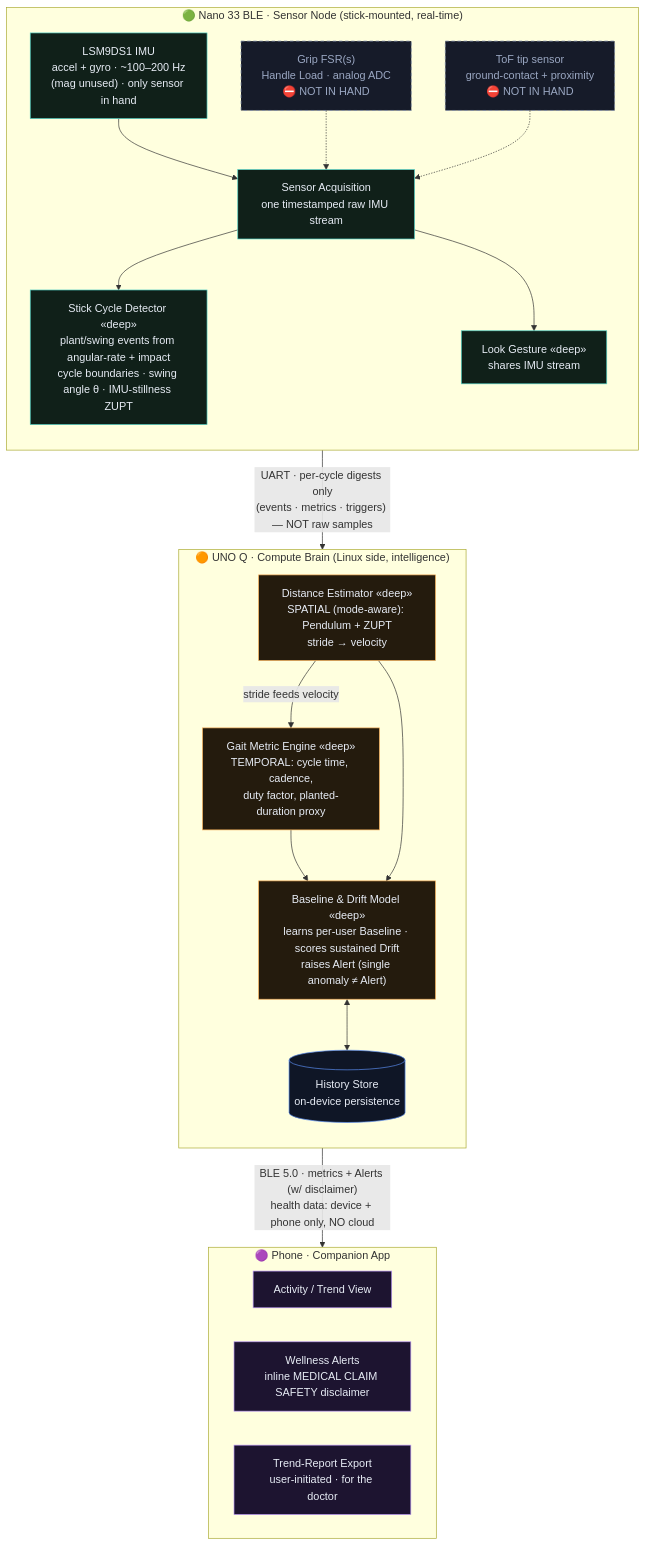
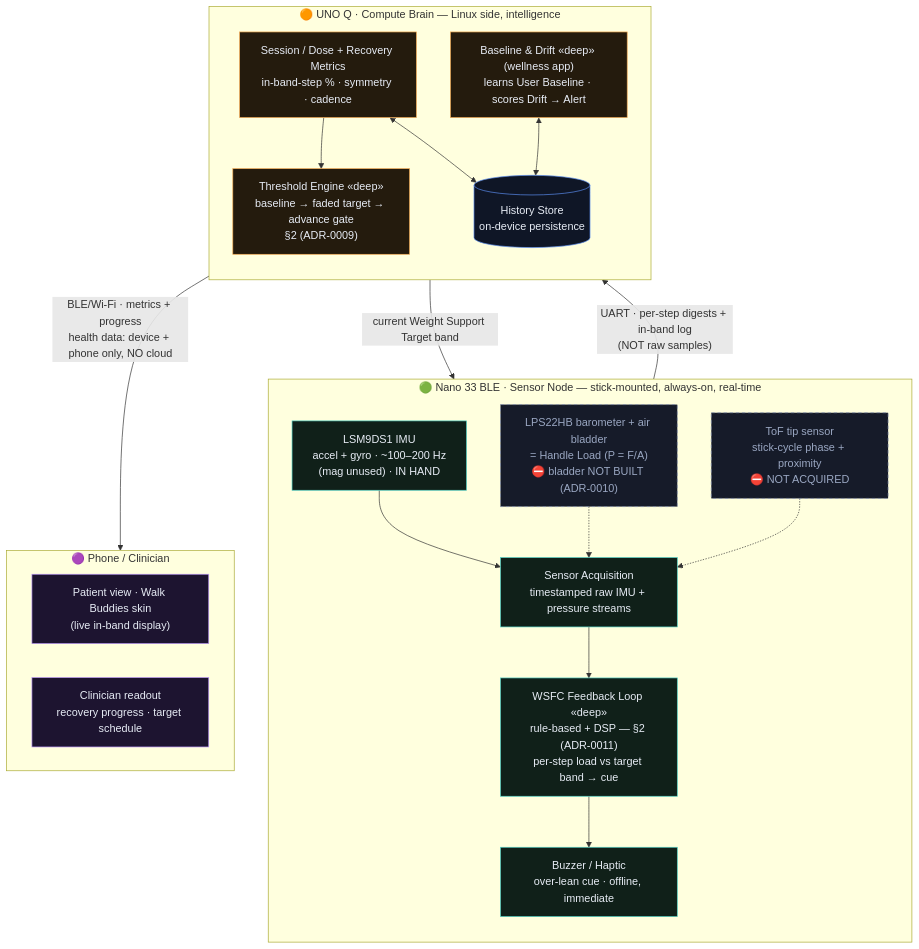
The first of 4 diagrams in docs/architecture.md (ovenmakemeheat/moonwalk-sw), drawn with Mermaid before and after one commit. The commit also changed other lines of this file and 8 other files, not shown here.

First line of the commit message:
Add WSFC processing decisions, metrics spec, and ML roadmap

````diff
--- a/docs/architecture.md
+++ b/docs/architecture.md
@@ -11,54 +20,52 @@
 ```mermaid
 flowchart TB
-    subgraph NANO["🟢 Nano 33 BLE · Sensor Node (stick-mounted, real-time)"]
+    subgraph NANO["🟢 Nano 33 BLE · Sensor Node — stick-mounted, always-on, real-time"]
         direction TB
-        IMU["LSM9DS1 IMU<br/>accel + gyro · ~100–200 Hz<br/>(mag unused) · only sensor in hand"]
-        FSR["Grip FSR(s)<br/>Handle Load · analog ADC<br/>⛔ NOT IN HAND"]
-        TOF["ToF tip sensor<br/>ground-contact + proximity<br/>⛔ NOT IN HAND"]
-        ACQ["Sensor Acquisition<br/>one timestamped raw IMU stream"]
-        SCD["Stick Cycle Detector «deep»<br/>plant/swing events from angular-rate + impact<br/>cycle boundaries · swing angle θ · IMU-stillness ZUPT"]
-        LG["Look Gesture «deep»<br/>shares IMU stream"]
+        IMU["LSM9DS1 IMU<br/>accel + gyro · ~100–200 Hz<br/>(mag unused) · IN HAND"]
+        BARO["LPS22HB barometer + air bladder<br/>= Handle Load (P = F/A)<br/>⛔ bladder NOT BUILT (ADR-0010)"]
+        TOF["ToF tip sensor<br/>stick-cycle phase + proximity<br/>⛔ NOT ACQUIRED"]
+        ACQ["Sensor Acquisition<br/>timestamped raw IMU + pressure streams"]
+        LOOP["WSFC Feedback Loop «deep»<br/>rule-based + DSP — §2 (ADR-0011)<br/>per-step load vs target band → cue"]
+        FB["Buzzer / Haptic<br/>over-lean cue · offline, immediate"]
 
         IMU --> ACQ
-        FSR -.-> ACQ
+        BARO -.-> ACQ
         TOF -.-> ACQ
-        ACQ --> SCD
-        ACQ --> LG
+        ACQ --> LOOP --> FB
     end
 
-    SCD -->|"UART · per-cycle digests only<br/>(events · metrics · triggers) — NOT raw samples"| GME
+    LOOP -->|"UART · per-step digests + in-band log<br/>(NOT raw samples)"| BRAIN
+    TE -->|"current Weight Support Target band"| LOOP
 
-    subgraph UNOQ["🟠 UNO Q · Compute Brain (Linux side, intelligence)"]
+    subgraph UNOQ["🟠 UNO Q · Compute Brain — Linux side, intelligence"]
         direction TB
-        GME["Gait Metric Engine «deep»<br/>TEMPORAL: cycle time, cadence,<br/>duty factor, planted-duration proxy"]
-        DE["Distance Estimator «deep»<br/>SPATIAL (mode-aware): Pendulum + ZUPT<br/>stride → velocity"]
-        BDM["Baseline & Drift Model «deep»<br/>learns per-user Baseline · scores sustained Drift<br/>raises Alert (single anomaly ≠ Alert)"]
+        TE["Threshold Engine «deep»<br/>baseline → faded target → advance gate<br/>§2 (ADR-0009)"]
+        BRAIN["Session / Dose + Recovery Metrics<br/>in-band-step % · symmetry · cadence"]
+        WELL["Baseline & Drift «deep» (wellness app)<br/>learns User Baseline · scores Drift → Alert"]
         HS[("History Store<br/>on-device persistence")]
 
-        DE -->|stride feeds velocity| GME
-        GME --> BDM
-        DE --> BDM
-        BDM <--> HS
+        BRAIN --> TE
+        BRAIN <--> HS
+        WELL <--> HS
     end
 
-    BDM -->|"BLE 5.0 · metrics + Alerts (w/ disclaimer)<br/>health data: device + phone only, NO cloud"| PHONE
+    BRAIN -->|"BLE/Wi-Fi · metrics + progress<br/>health data: device + phone only, NO cloud"| PHONE
 
-    subgraph PHONE["🟣 Phone · Companion App"]
+    subgraph PHONE["🟣 Phone / Clinician"]
         direction LR
-        TV["Activity / Trend View"]
-        AL["Wellness Alerts<br/>inline MEDICAL CLAIM SAFETY disclaimer"]
-        EX["Trend-Report Export<br/>user-initiated · for the doctor"]
+        PV["Patient view · Walk Buddies skin<br/>(live in-band display)"]
+        CR["Clinician readout<br/>recovery progress · target schedule"]
     end
 
     classDef nano fill:#102019,stroke:#4fd1c5,stroke-width:1px,color:#e7ecf5;
     classDef uno fill:#241b0d,stroke:#f6ad55,stroke-width:1px,color:#e7ecf5;
     classDef phone fill:#1d1430,stroke:#b794f4,stroke-width:1px,color:#e7ecf5;
     classDef future fill:#161b29,stroke:#7c89a8,stroke-width:1px,stroke-dasharray:5 4,color:#9aa7c2;
     classDef store fill:#0f1626,stroke:#5b8def,color:#e7ecf5;
 
-    class IMU,ACQ,SCD,LG nano;
-    class FSR,TOF future;
-    class GME,DE,BDM uno;
+    class IMU,ACQ,LOOP,FB nano;
+    class BARO,TOF future;
+    class TE,BRAIN,WELL uno;
     class HS store;
-    class TV,AL,EX phone;
+    class PV,CR phone;
 ```
````
